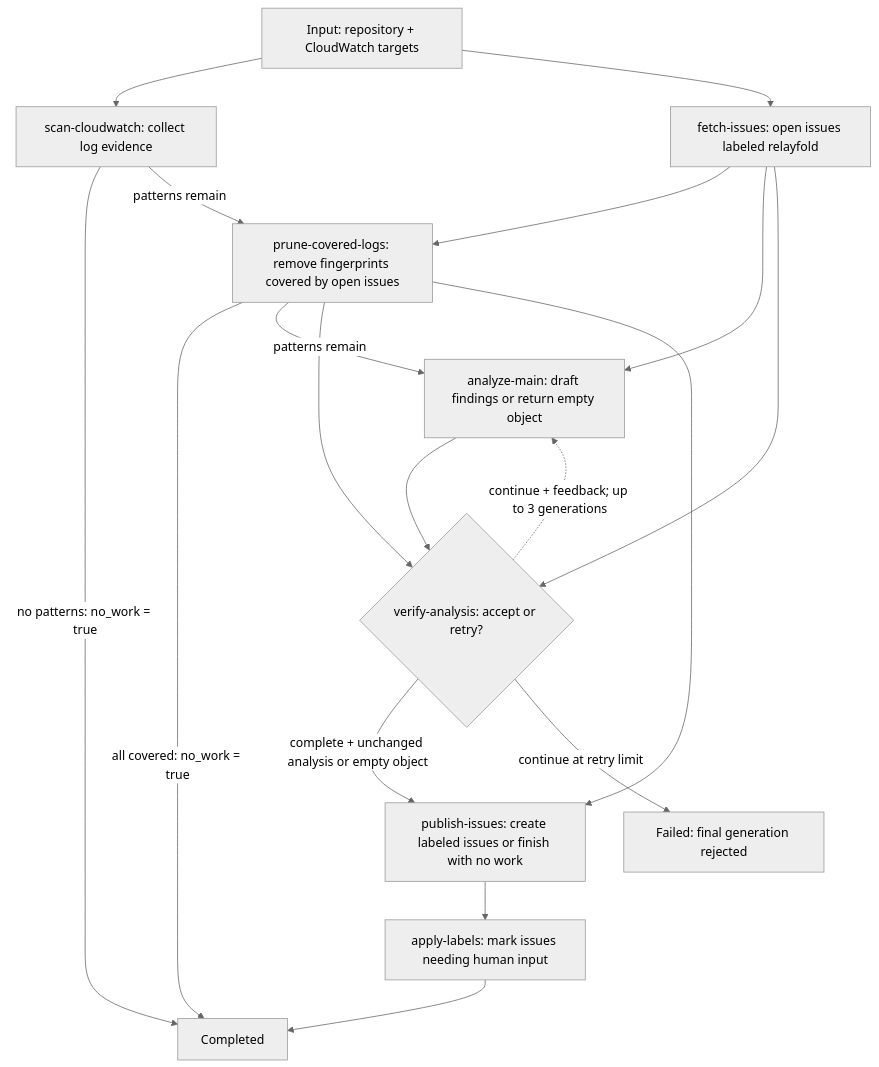
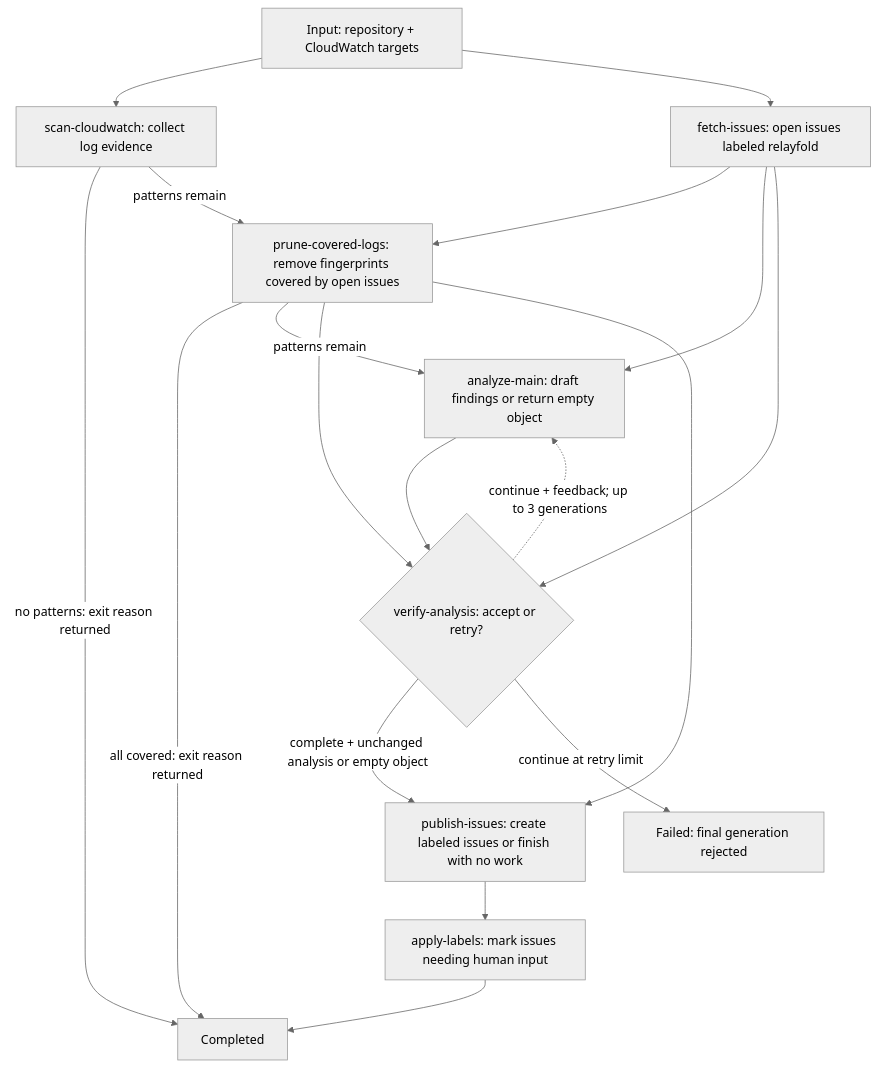
Before and after one commit to parsablelabs/relayfold: the diagram in website/src/content/docs/docs/examples/fillmyfunnel-cloudwatch-workflow.md, drawn with Mermaid (neutral theme). The commit also changed other lines of this file and 26 other files, not shown here.

```diff
--- a/website/src/content/docs/docs/examples/fillmyfunnel-cloudwatch-workflow.md
+++ b/website/src/content/docs/docs/examples/fillmyfunnel-cloudwatch-workflow.md
@@ -13,31 +13,31 @@
 <pre class="mermaid">
 flowchart TD
     Input["Input: repository + CloudWatch targets"]
     Scan["scan-cloudwatch: collect log evidence"]
     Issues["fetch-issues: open issues labeled relayfold"]
     Prune["prune-covered-logs: remove fingerprints covered by open issues"]
     Analyze["analyze-main: draft findings or return empty object"]
     Verify{"verify-analysis: accept or retry?"}
     Publish["publish-issues: create labeled issues or finish with no work"]
     Labels["apply-labels: mark issues needing human input"]
     Done["Completed"]
     Failed["Failed: final generation rejected"]
 
     Input --> Scan
     Input --> Issues
-    Scan -->|"no patterns: no_work = true"| Done
+    Scan -->|"no patterns: exit reason returned"| Done
     Scan -->|"patterns remain"| Prune
     Issues --> Prune
-    Prune -->|"all covered: no_work = true"| Done
+    Prune -->|"all covered: exit reason returned"| Done
     Prune -->|"patterns remain"| Analyze
     Issues --> Analyze
     Prune --> Verify
     Issues --> Verify
     Analyze --> Verify
     Verify -. "continue + feedback; up to 3 generations" .-> Analyze
     Verify -->|"complete + unchanged analysis or empty object"| Publish
     Prune --> Publish
     Verify -->|"continue at retry limit"| Failed
     Publish --> Labels
     Labels --> Done
 </pre>
```
